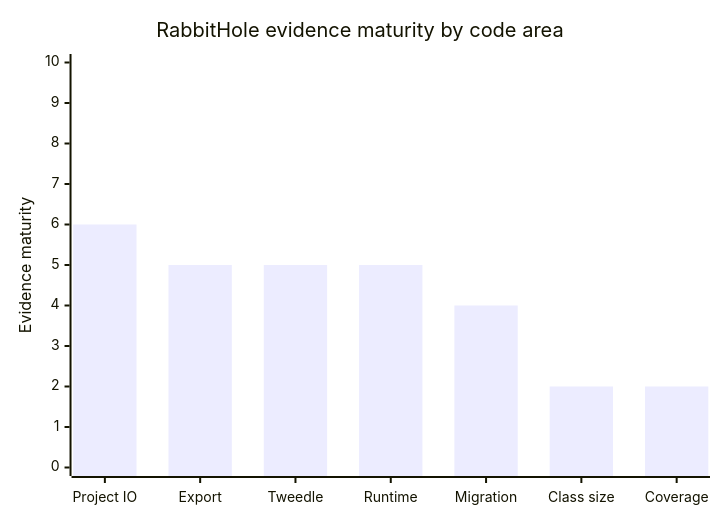
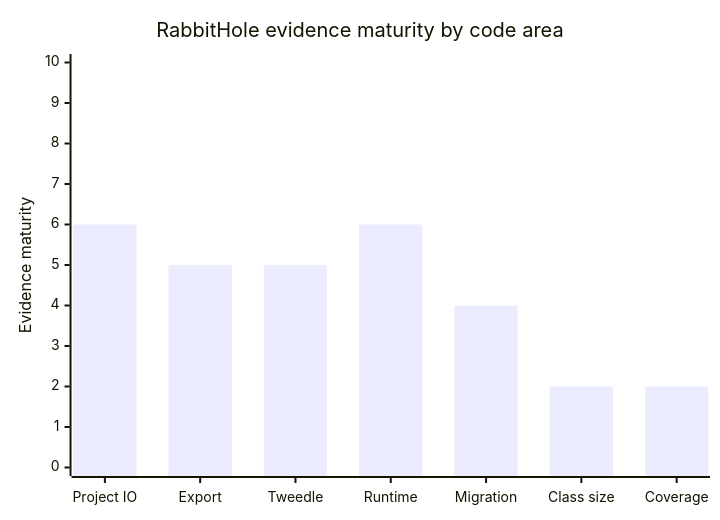
The third of 6 diagrams in README.md (rysweet/drinkme), drawn with Mermaid before and after one commit. The commit also changed other lines of this file, not shown here.

````diff
--- a/README.md
+++ b/README.md
@@ -64,7 +64,7 @@
 ```mermaid
 xychart-beta
   title "RabbitHole evidence maturity by code area"
   x-axis ["Project IO", "Export", "Tweedle", "Runtime", "Migration", "Class size", "Coverage"]
   y-axis "Evidence maturity" 0 --> 10
-  bar [6, 5, 5, 5, 4, 2, 2]
+  bar [6, 5, 5, 6, 4, 2, 2]
 ```
````
